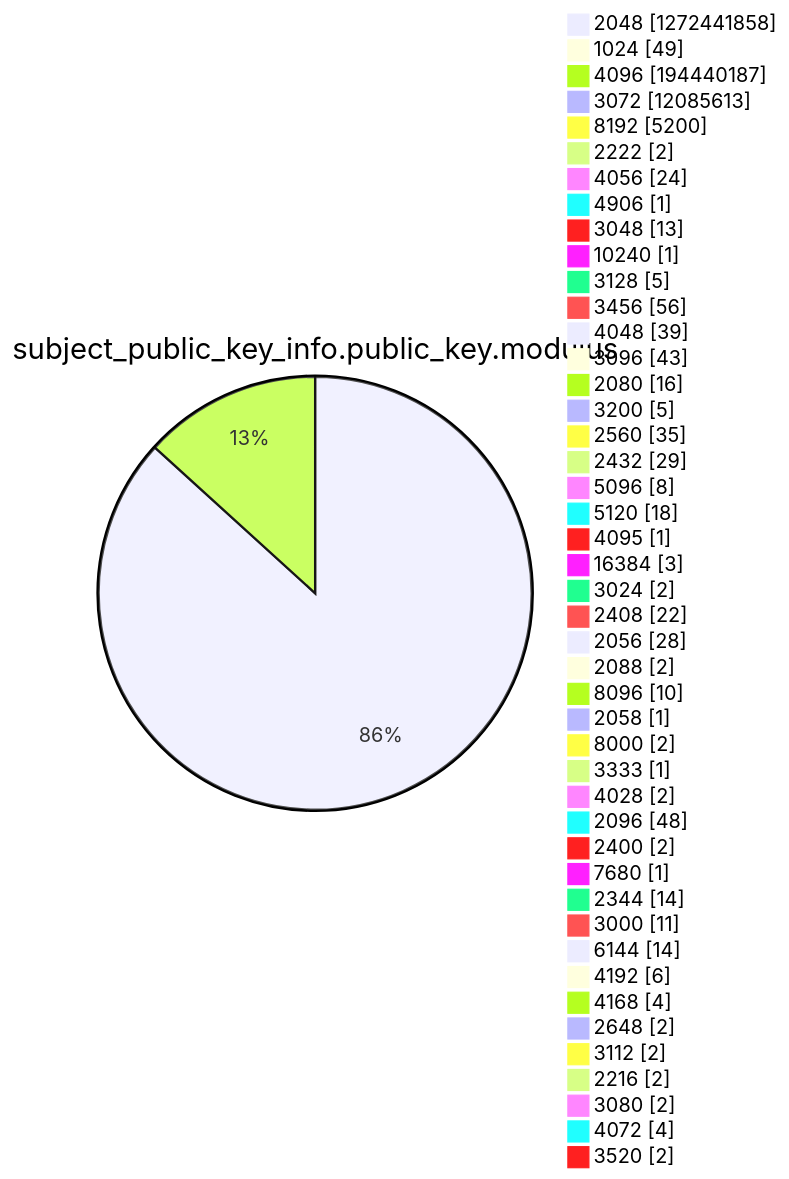
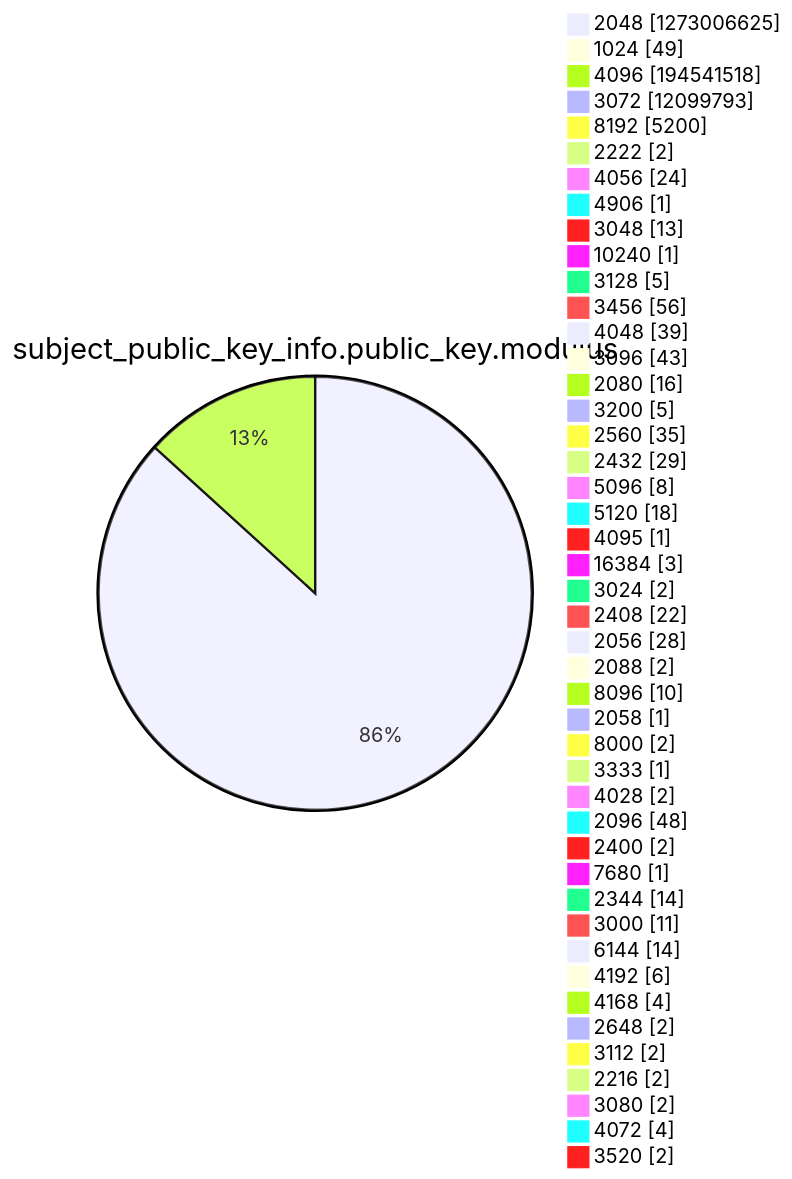
Before and after one commit to christiankrug/ctmonitor_visualization: diagram 13 of 15 in xenon2022/README.md, drawn with Mermaid. The commit also changed other lines of this file, not shown here.

````diff
--- a/xenon2022/README.md
+++ b/xenon2022/README.md
@@ -3920,49 +3920,49 @@
 ```mermaid
 pie showData
 title subject_public_key_info.public_key.modulus
-"2048" :1272441858
+"2048" :1273006625
 "1024" :49
-"4096" :194440187
-"3072" :12085613
+"4096" :194541518
+"3072" :12099793
 "8192" :5200
 "2222" :2
 "4056" :24
 "4906" :1
 "3048" :13
 "10240" :1
 "3128" :5
 "3456" :56
 "4048" :39
 "3096" :43
 "2080" :16
 "3200" :5
 "2560" :35
 "2432" :29
 "5096" :8
 "5120" :18
 "4095" :1
 "16384" :3
 "3024" :2
 "2408" :22
 "2056" :28
 "2088" :2
 "8096" :10
 "2058" :1
 "8000" :2
 "3333" :1
 "4028" :2
 "2096" :48
 "2400" :2
 "7680" :1
 "2344" :14
 "3000" :11
 "6144" :14
 "4192" :6
 "4168" :4
 "2648" :2
 "3112" :2
 "2216" :2
 "3080" :2
 "4072" :4
 "3520" :2
 ```
````
